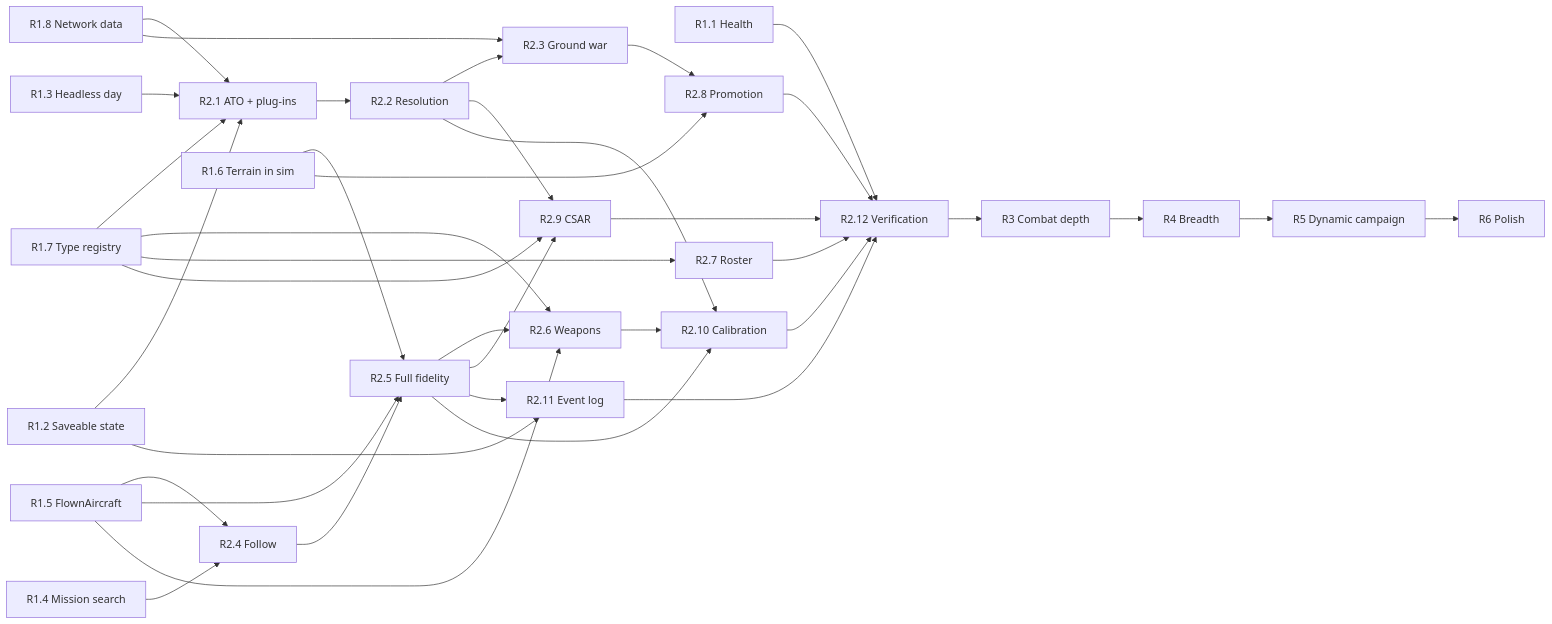
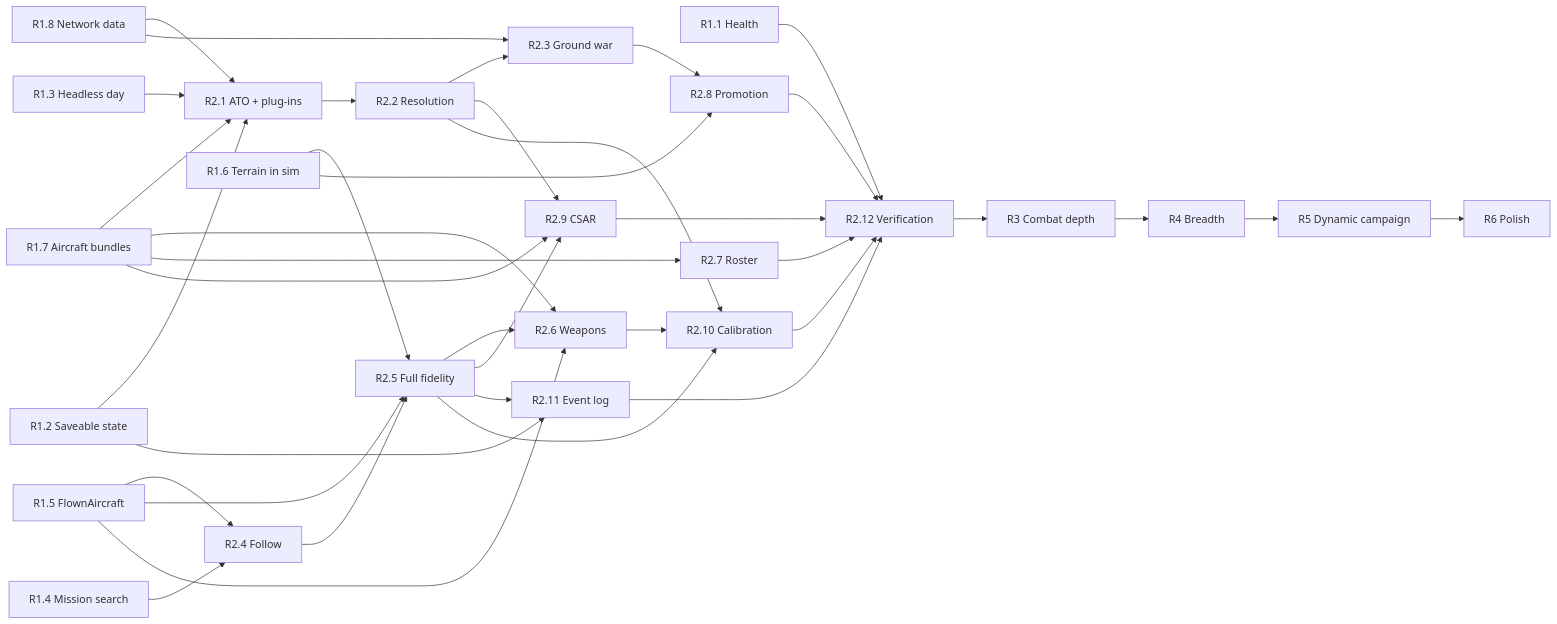
One commit to nickelm/bearing changed the diagram in docs/roadmap.md. Above: the diagram before and after it, drawn with Mermaid. The commit also changed other lines of this file and 5 other files, not shown here.

First line of the commit message:
The owner's answers to the audit (decision 232): every aircraft type one JSON bundle

````diff
--- a/docs/roadmap.md
+++ b/docs/roadmap.md
@@ -293,23 +293,23 @@
 ```mermaid
 flowchart LR
   R11[R1.1 Health] --> R212
   R12[R1.2 Saveable state] --> R21 & R211
   R13[R1.3 Headless day] --> R21
   R14[R1.4 Mission search] --> R24
   R15[R1.5 FlownAircraft] --> R24 & R25 & R26
   R16[R1.6 Terrain in sim] --> R25 & R28
-  R17[R1.7 Type registry] --> R21 & R26 & R27 & R29
+  R17[R1.7 Aircraft bundles] --> R21 & R26 & R27 & R29
   R18[R1.8 Network data] --> R21 & R23
   R21[R2.1 ATO + plug-ins] --> R22[R2.2 Resolution]
   R22 --> R23[R2.3 Ground war]
   R22 --> R29[R2.9 CSAR]
   R24[R2.4 Follow] --> R25[R2.5 Full fidelity]
   R25 --> R26[R2.6 Weapons]
   R25 --> R29
   R25 --> R211[R2.11 Event log]
   R23 --> R28[R2.8 Promotion]
   R22 & R25 & R26 --> R210[R2.10 Calibration]
   R27[R2.7 Roster] --> R212[R2.12 Verification]
   R28 & R29 & R210 & R211 --> R212
   R212 --> R3[R3 Combat depth] --> R4[R4 Breadth] --> R5[R5 Dynamic campaign] --> R6[R6 Polish]
 ```
````
